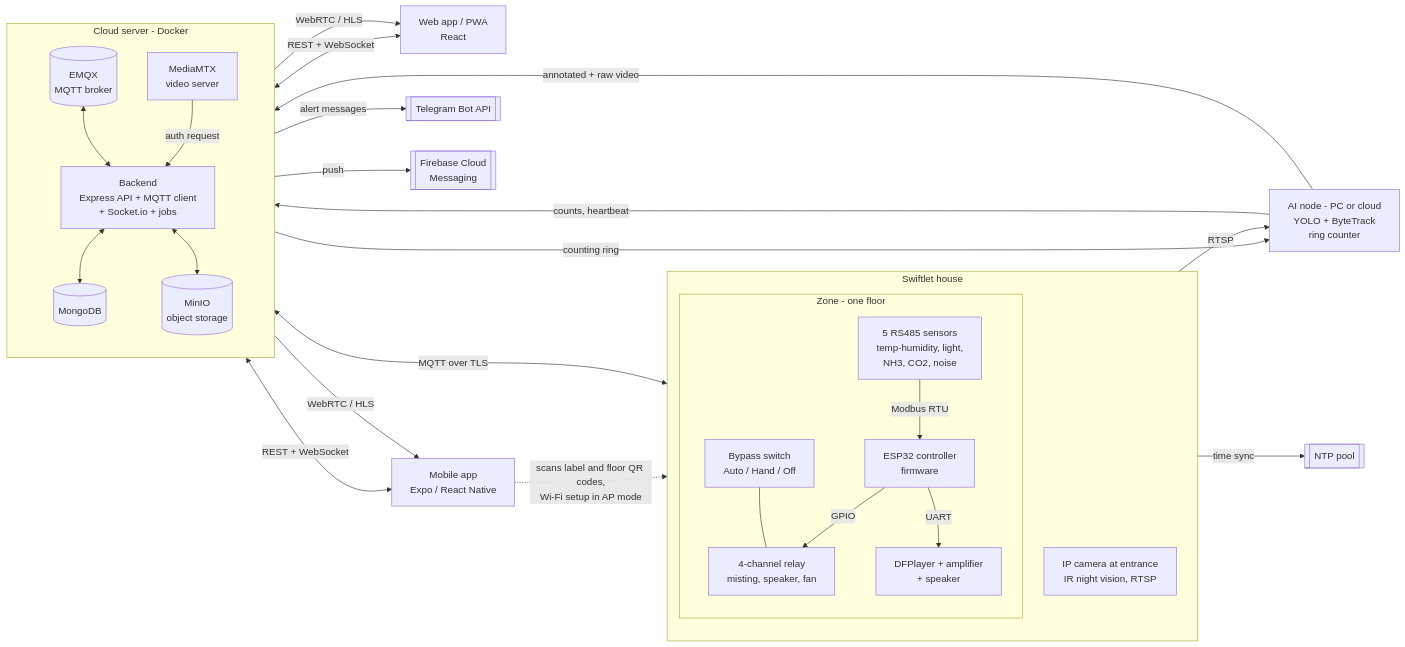
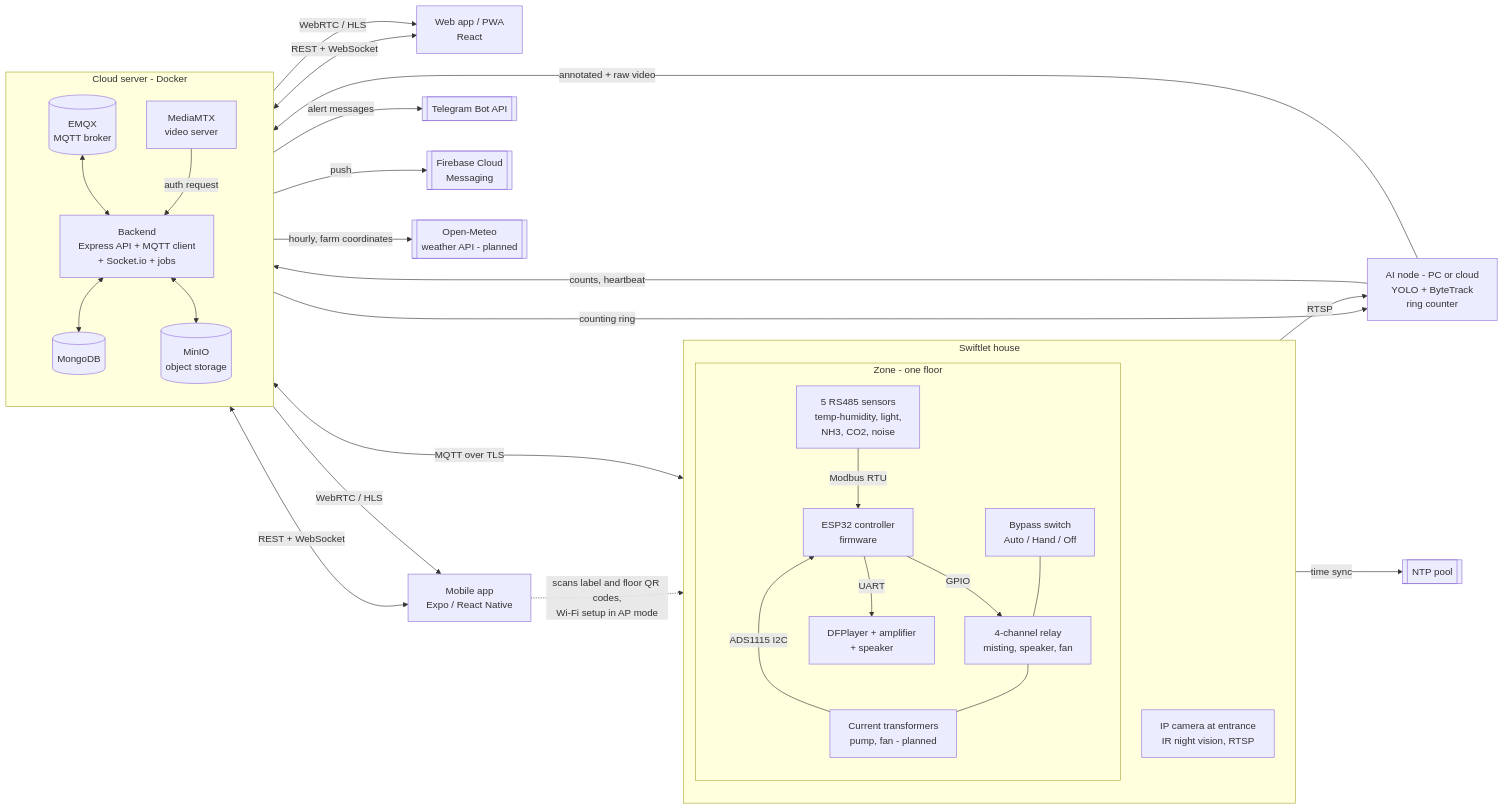
The first of 35 diagrams in docs/reports/report4-sdd.md (NBao261/SwiftletCare_KLTN), drawn with Mermaid before and after one commit. The commit also changed other lines of this file and 10 other files, not shown here.

First line of the commit message:
docs(srs): add daily health assessment, reports, weather context and current sensing

````diff
--- a/docs/reports/report4-sdd.md
+++ b/docs/reports/report4-sdd.md
@@ -62,50 +62,55 @@
 ```mermaid
 flowchart LR
   subgraph HOUSE[Swiftlet house]
     direction TB
     subgraph ZONE[Zone - one floor]
       S[5 RS485 sensors<br/>temp-humidity, light,<br/>NH3, CO2, noise]
       ESP[ESP32 controller<br/>firmware]
       R[4-channel relay<br/>misting, speaker, fan]
       SPK[DFPlayer + amplifier<br/>+ speaker]
       BY[Bypass switch<br/>Auto / Hand / Off]
+      CT[Current transformers<br/>pump, fan - planned]
       S -- Modbus RTU --> ESP
       ESP -- GPIO --> R
       ESP -- UART --> SPK
       BY --- R
+      R --- CT
+      CT -- ADS1115 I2C --> ESP
     end
     CAM[IP camera at entrance<br/>IR night vision, RTSP]
   end
   AINODE[AI node - PC or cloud<br/>YOLO + ByteTrack<br/>ring counter]
   subgraph CLOUD[Cloud server - Docker]
     direction TB
     EMQX[(EMQX<br/>MQTT broker)]
     API[Backend<br/>Express API + MQTT client<br/>+ Socket.io + jobs]
     DB[(MongoDB)]
     MINIO[(MinIO<br/>object storage)]
     MTX[MediaMTX<br/>video server]
   end
   WEB[Web app / PWA<br/>React]
   MOB[Mobile app<br/>Expo / React Native]
   TG[[Telegram Bot API]]
   FCM[[Firebase Cloud<br/>Messaging]]
   NTP[[NTP pool]]
+  WX[[Open-Meteo<br/>weather API - planned]]
 
   ESP <-- MQTT over TLS --> EMQX
   CAM -- RTSP --> AINODE
   AINODE -- counts, heartbeat --> EMQX
   EMQX -- counting ring --> AINODE
   AINODE -- annotated + raw video --> MTX
   EMQX <--> API
   API <--> DB
   API <--> MINIO
   MTX -- auth request --> API
   API <-- REST + WebSocket --> WEB
   API <-- REST + WebSocket --> MOB
   MTX -- WebRTC / HLS --> WEB
   MTX -- WebRTC / HLS --> MOB
   API -- alert messages --> TG
   API -- push --> FCM
   ESP -- time sync --> NTP
+  API -- hourly, farm coordinates --> WX
   MOB -. scans label and floor QR codes,<br/>Wi-Fi setup in AP mode .-> ESP
 ```
````
